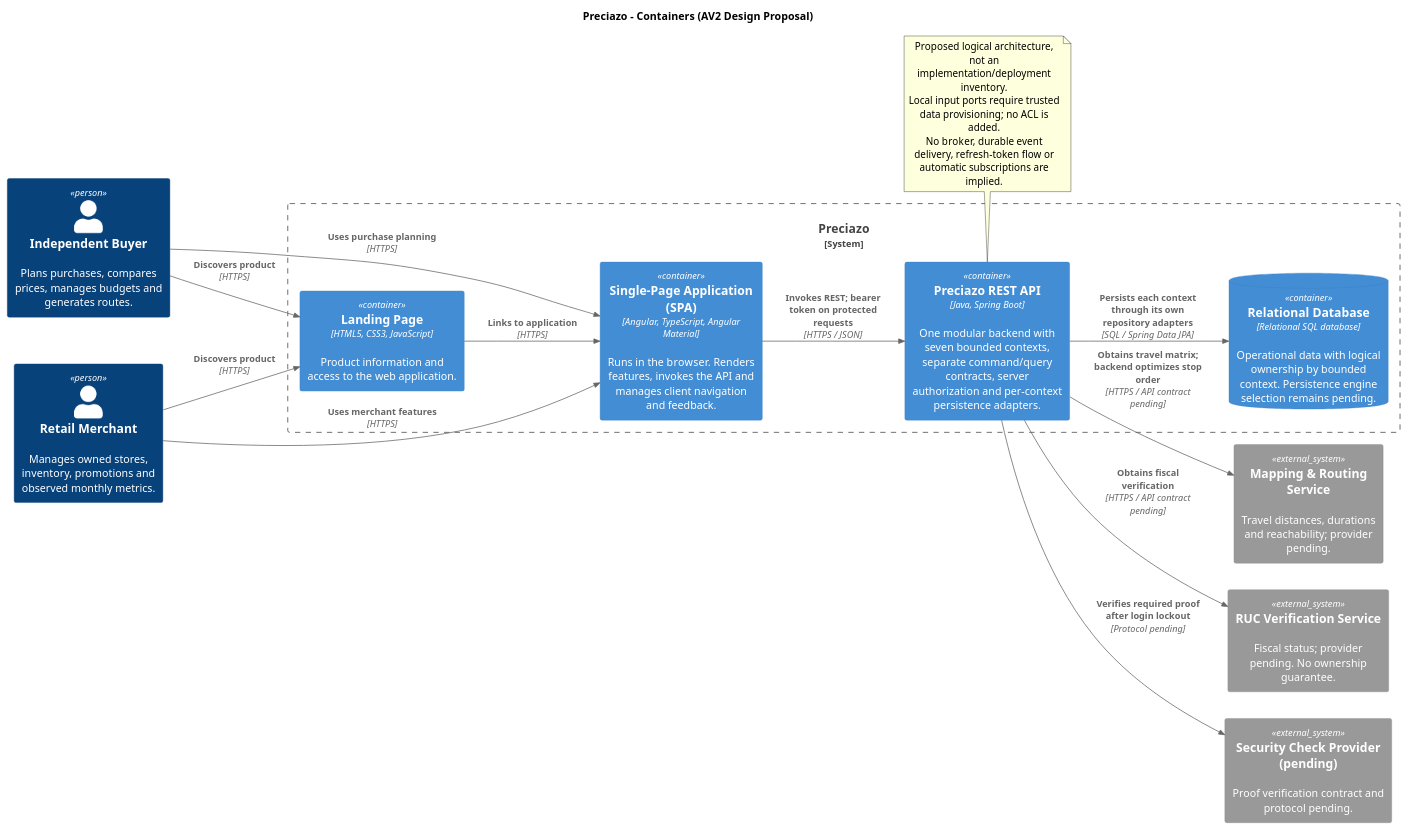
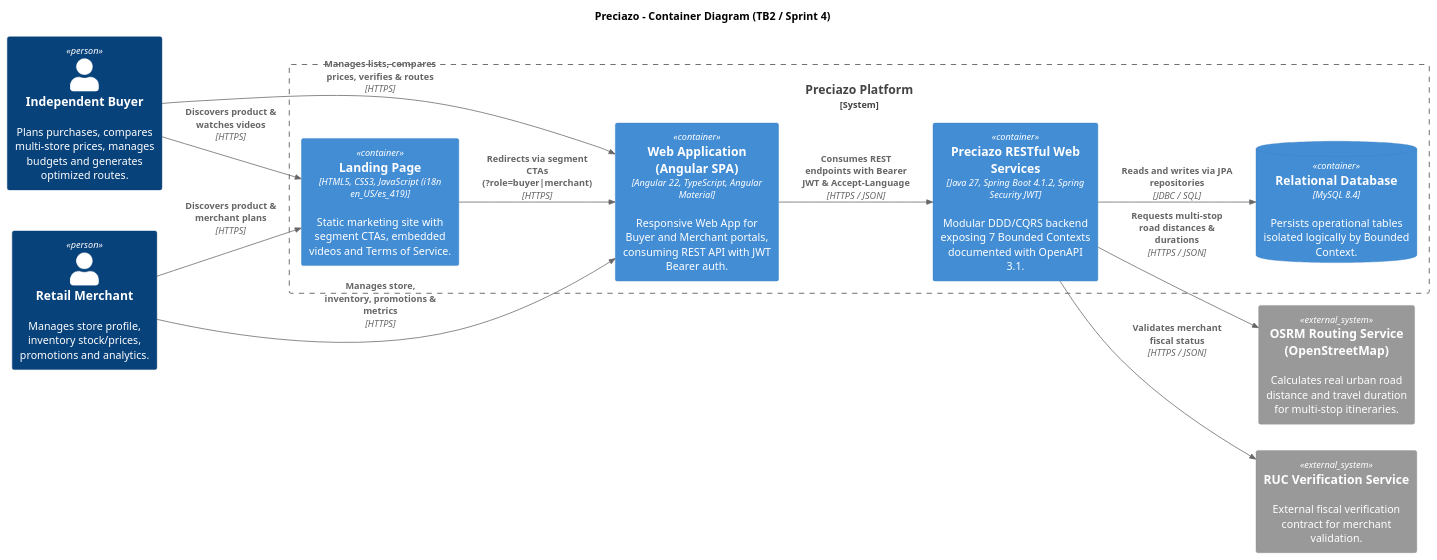
The diagram in docs/architecture/c4-container.puml (Open-Source-1ASI0729-2620-7750/preciazo-report), drawn with PlantUML before and after one commit. The commit also changed 7 other files, not shown here.

Commit message:
docs(architecture): add web app container and 7 bounded context c4 component diagrams

```diff
--- a/docs/architecture/c4-container.puml
+++ b/docs/architecture/c4-container.puml
@@ -1,31 +1,28 @@
 @startuml Preciazo_C4_Container
 !include <C4/C4_Container>
 LAYOUT_LEFT_RIGHT()
-title Preciazo - Containers (AV2 Design Proposal)
-Person(buyer, "Independent Buyer", "Plans purchases, compares prices, manages budgets and generates routes.")
-Person(merchant, "Retail Merchant", "Manages owned stores, inventory, promotions and observed monthly metrics.")
-System_Ext(routing, "Mapping & Routing Service", "Travel distances, durations and reachability; provider pending.")
-System_Ext(ruc, "RUC Verification Service", "Fiscal status; provider pending. No ownership guarantee.")
-System_Ext(securityCheck, "Security Check Provider (pending)", "Proof verification contract and protocol pending.")
-System_Boundary(preciazo, "Preciazo") {
- Container(landing, "Landing Page", "HTML5, CSS3, JavaScript", "Product information and access to the web application.")
- Container(web, "Single-Page Application (SPA)", "Angular, TypeScript, Angular Material", "Runs in the browser. Renders features, invokes the API and manages client navigation and feedback.")
- Container(api, "Preciazo REST API", "Java, Spring Boot", "One modular backend with seven bounded contexts, separate command/query contracts, server authorization and per-context persistence adapters.")
- ContainerDb(database, "Relational Database", "Relational SQL database", "Operational data with logical ownership by bounded context. Persistence engine selection remains pending.")
+title Preciazo - Container Diagram (TB2 / Sprint 4)
+
+Person(buyer, "Independent Buyer", "Plans purchases, compares multi-store prices, manages budgets and generates optimized routes.")
+Person(merchant, "Retail Merchant", "Manages store profile, inventory stock/prices, promotions and analytics.")
+
+System_Ext(osrm, "OSRM Routing Service (OpenStreetMap)", "Calculates real urban road distance and travel duration for multi-stop itineraries.")
+System_Ext(ruc, "RUC Verification Service", "External fiscal verification contract for merchant validation.")
+
+System_Boundary(preciazo, "Preciazo Platform") {
+    Container(landing, "Landing Page", "HTML5, CSS3, JavaScript (i18n en_US/es_419)", "Static marketing site with segment CTAs, embedded videos and Terms of Service.")
+    Container(webapp, "Web Application (Angular SPA)", "Angular 22, TypeScript, Angular Material", "Responsive Web App for Buyer and Merchant portals, consuming REST API with JWT Bearer auth.")
+    Container(api, "Preciazo RESTful Web Services", "Java 27, Spring Boot 4.1.2, Spring Security JWT", "Modular DDD/CQRS backend exposing 7 Bounded Contexts documented with OpenAPI 3.1.")
+    ContainerDb(database, "Relational Database", "MySQL 8.4", "Persists operational tables isolated logically by Bounded Context.")
 }
-Rel(buyer, landing, "Discovers product", "HTTPS")
-Rel(merchant, landing, "Discovers product", "HTTPS")
-Rel(buyer, web, "Uses purchase planning", "HTTPS")
-Rel(merchant, web, "Uses merchant features", "HTTPS")
-Rel(landing, web, "Links to application", "HTTPS")
-Rel(web, api, "Invokes REST; bearer token on protected requests", "HTTPS / JSON")
-Rel(api, database, "Persists each context through its own repository adapters", "SQL / Spring Data JPA")
-Rel(api, routing, "Obtains travel matrix; backend optimizes stop order", "HTTPS / API contract pending")
-Rel(api, ruc, "Obtains fiscal verification", "HTTPS / API contract pending")
-Rel(api, securityCheck, "Verifies required proof after login lockout", "Protocol pending")
-note bottom of api
- Proposed logical architecture, not an implementation/deployment inventory.
- Local input ports require trusted data provisioning; no ACL is added.
- No broker, durable event delivery, refresh-token flow or automatic subscriptions are implied.
-end note
+
+Rel(buyer, landing, "Discovers product & watches videos", "HTTPS")
+Rel(merchant, landing, "Discovers product & merchant plans", "HTTPS")
+Rel(landing, webapp, "Redirects via segment CTAs (?role=buyer|merchant)", "HTTPS")
+Rel(buyer, webapp, "Manages lists, compares prices, verifies & routes", "HTTPS")
+Rel(merchant, webapp, "Manages store, inventory, promotions & metrics", "HTTPS")
+Rel(webapp, api, "Consumes REST endpoints with Bearer JWT & Accept-Language", "HTTPS / JSON")
+Rel(api, database, "Reads and writes via JPA repositories", "JDBC / SQL")
+Rel(api, osrm, "Requests multi-stop road distances & durations", "HTTPS / JSON")
+Rel(api, ruc, "Validates merchant fiscal status", "HTTPS / JSON")
 @enduml
```
